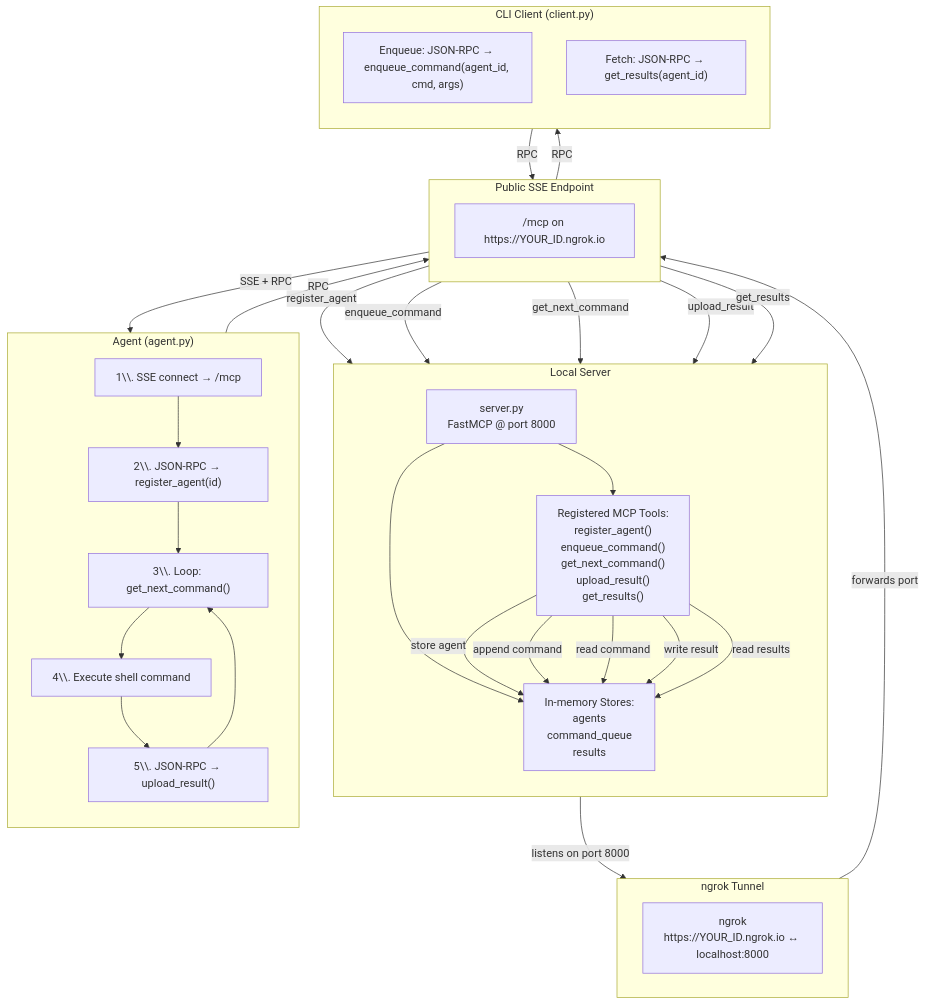
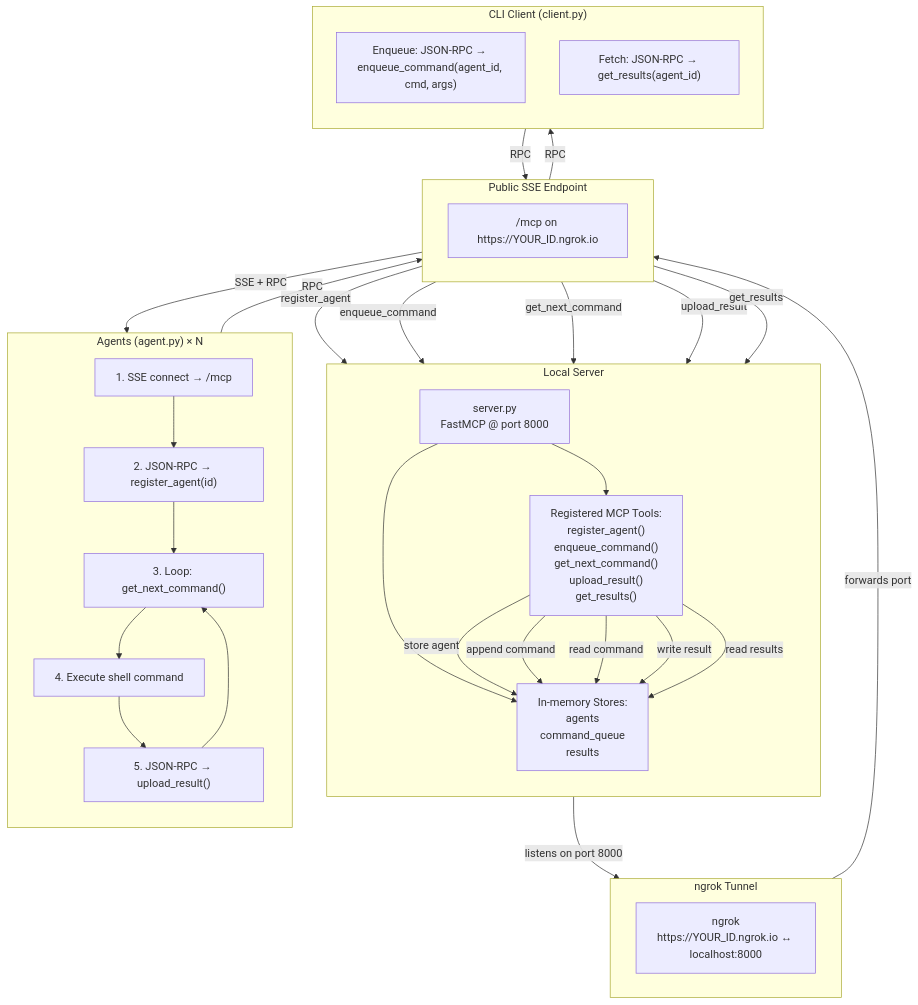
Before and after one commit to mbhatt1/PhantomPipe: the diagram in README.md, drawn with Mermaid.

````diff
--- a/README.md
+++ b/README.md
@@ -51,60 +51,61 @@
 ```mermaid
 flowchart TD
   subgraph Local_Server["Local Server"]
     direction TB
     Srv["server.py\nFastMCP @ port 8000"]
     Stores["In‑memory Stores:\nagents\ncommand_queue\nresults"]
     Tools["Registered MCP Tools:\nregister_agent()\nenqueue_command()\nget_next_command()\nupload_result()\nget_results()"]
     Srv --> Stores
     Srv --> Tools
   end
 
   subgraph Ngrok_Tunnel["ngrok Tunnel"]
     NG["ngrok\nhttps://YOUR_ID.ngrok.io ↔ localhost:8000"]
   end
 
   subgraph Public_SSE["Public SSE Endpoint"]
     Pub["/mcp on https://YOUR_ID.ngrok.io"]
   end
 
-  subgraph Agent["Agent (agent.py)"]
+  subgraph Agents["Agents (agent.py) × N"]
     direction TB
-    A1["1\\. SSE connect → /mcp"]
-    A2["2\\. JSON‑RPC → register_agent(id)"]
-    A3["3\\. Loop: get_next_command()"]
-    A4["4\\. Execute shell command"]
-    A5["5\\. JSON‑RPC → upload_result()"]
+    A1["1. SSE connect → /mcp"]
+    A2["2. JSON‑RPC → register_agent(id)"]
+    A3["3. Loop: get_next_command()"]
+    A4["4. Execute shell command"]
+    A5["5. JSON‑RPC → upload_result()"]
     A1 --> A2 --> A3 --> A4 --> A5 --> A3
   end
 
   subgraph CLI["CLI Client (client.py)"]
     direction TB
     C1["Enqueue: JSON‑RPC → enqueue_command(agent_id, cmd, args)"]
     C2["Fetch: JSON‑RPC → get_results(agent_id)"]
   end
 
   %% Communication flows
   Srv -->|listens on port 8000| Ngrok_Tunnel
   Ngrok_Tunnel -->|forwards port| Public_SSE
-  Public_SSE -->|SSE + RPC| Agent
-  Agent -->|RPC| Public_SSE
+  Public_SSE -->|SSE + RPC| Agents
+  Agents -->|RPC| Public_SSE
   Public_SSE -->|RPC| CLI
   CLI -->|RPC| Public_SSE
 
   %% Tool interactions
   Public_SSE -->|register_agent| Tools
   Tools -->|store agent| Stores
 
   Public_SSE -->|enqueue_command| Tools
   Tools -->|append command| Stores
 
   Public_SSE -->|get_next_command| Tools
   Tools -->|read command| Stores
 
   Public_SSE -->|upload_result| Tools
   Tools -->|write result| Stores
 
   Public_SSE -->|get_results| Tools
   Tools -->|read results| Stores
 
+
 ```
````
